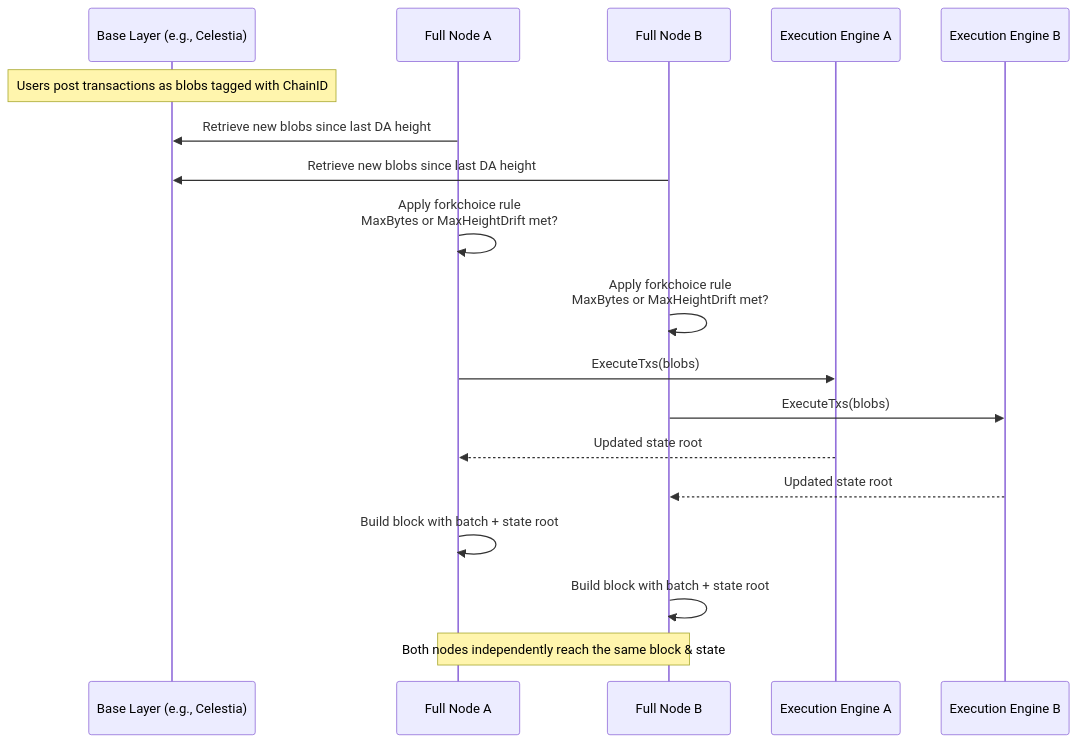
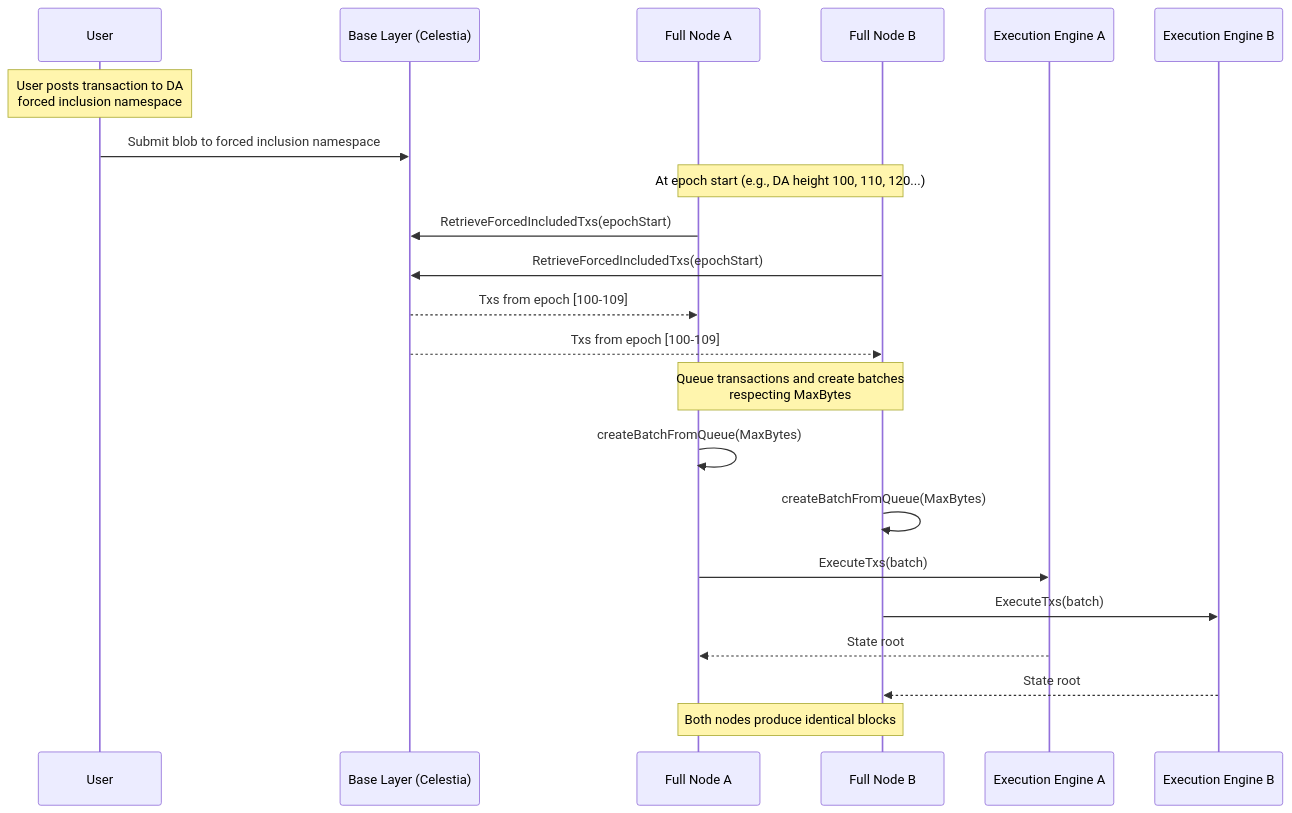
Before and after one commit to evstack/ev-node: the diagram in docs/adr/adr-012-based-sequencing.md, drawn with Mermaid. The commit also changed other lines of this file and 2 other files, not shown here.

````diff
--- a/docs/adr/adr-012-based-sequencing.md
+++ b/docs/adr/adr-012-based-sequencing.md
@@ -65,27 +66,34 @@
 ```mermaid
 sequenceDiagram
-    participant L1 as Base Layer (e.g., Celestia)
+    participant User
+    participant DA as Base Layer (Celestia)
     participant NodeA as Full Node A
     participant NodeB as Full Node B
     participant ExecA as Execution Engine A
     participant ExecB as Execution Engine B
 
-    Note over L1: Users post transactions as blobs tagged with ChainID
+    Note over User: User posts transaction to DA<br/>forced inclusion namespace
 
-    NodeA->>L1: Retrieve new blobs since last DA height
-    NodeB->>L1: Retrieve new blobs since last DA height
+    User->>DA: Submit blob to forced inclusion namespace
 
-    NodeA->>NodeA: Apply forkchoice rule<br/>MaxBytes or MaxHeightDrift met?
-    NodeB->>NodeB: Apply forkchoice rule<br/>MaxBytes or MaxHeightDrift met?
+    Note over NodeA,NodeB: At epoch start (e.g., DA height 100, 110, 120...)
 
-    NodeA->>ExecA: ExecuteTxs(blobs)
-    NodeB->>ExecB: ExecuteTxs(blobs)
+    NodeA->>DA: RetrieveForcedIncludedTxs(epochStart)
+    NodeB->>DA: RetrieveForcedIncludedTxs(epochStart)
 
-    ExecA-->>NodeA: Updated state root
-    ExecB-->>NodeB: Updated state root
+    DA-->>NodeA: Txs from epoch [100-109]
+    DA-->>NodeB: Txs from epoch [100-109]
 
-    NodeA->>NodeA: Build block with batch + state root
-    NodeB->>NodeB: Build block with batch + state root
+    Note over NodeA,NodeB: Queue transactions and create batches<br/>respecting MaxBytes
 
-    Note over NodeA, NodeB: Both nodes independently reach the same block & state
+    NodeA->>NodeA: createBatchFromQueue(MaxBytes)
+    NodeB->>NodeB: createBatchFromQueue(MaxBytes)
+
+    NodeA->>ExecA: ExecuteTxs(batch)
+    NodeB->>ExecB: ExecuteTxs(batch)
+
+    ExecA-->>NodeA: State root
+    ExecB-->>NodeB: State root
+
+    Note over NodeA,NodeB: Both nodes produce identical blocks
 ```
````
